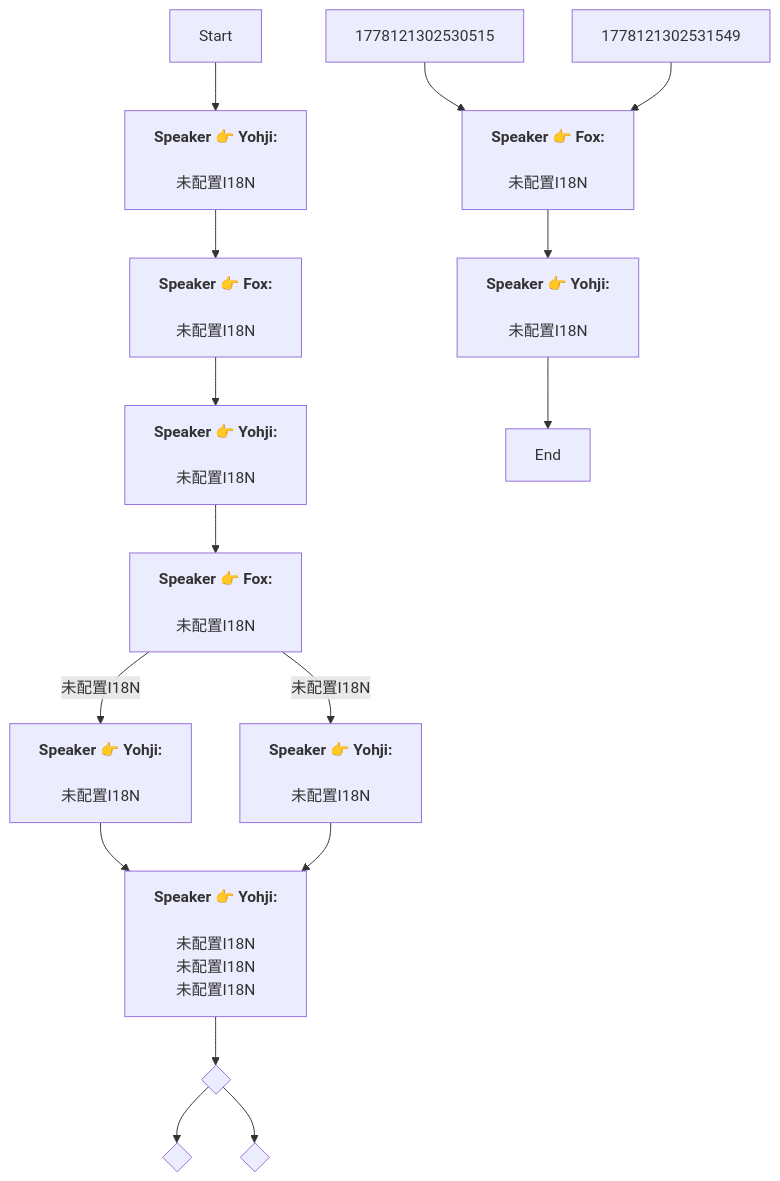
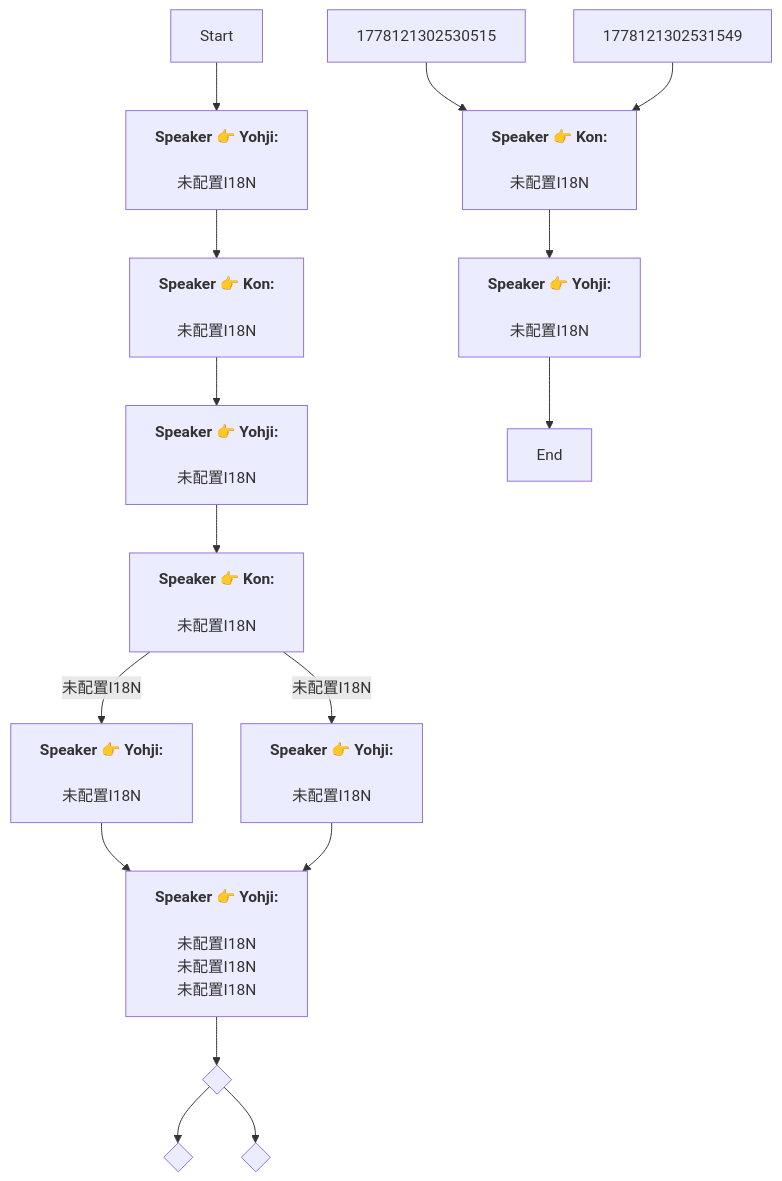
The diagram in Zh/AddDialogNode_1778121286690206.md (SoftHu/tos_avg), drawn with Mermaid before and after one commit. The commit also changed 730 other files, not shown here.

````diff
--- a/Zh/AddDialogNode_1778121286690206.md
+++ b/Zh/AddDialogNode_1778121286690206.md
@@ -1,30 +1,30 @@
 ```mermaid
 graph
 Start -->1778121302527413[<b>Speaker 👉 Yohji:</b>
 \n未配置I18N]
-1778121302527413 -->1778121302527415[<b>Speaker 👉 Fox:</b>
+1778121302527413 -->1778121302527415[<b>Speaker 👉 Kon:</b>
 \n未配置I18N]
 1778121302527415 -->1778121302528442[<b>Speaker 👉 Yohji:</b>
 \n未配置I18N]
-1778121302528442 -->1778121302528445[<b>Speaker 👉 Fox:</b>
+1778121302528442 -->1778121302528445[<b>Speaker 👉 Kon:</b>
 \n未配置I18N]
 1778121302528445 -->|未配置I18N|1778121302532579[<b>Speaker 👉 Yohji:</b>
 \n未配置I18N]
 1778121302528445 -->|未配置I18N|1778121302529477[<b>Speaker 👉 Yohji:</b>
 \n未配置I18N]
 1778121302529477 -->1778121302529480[<b>Speaker 👉 Yohji:</b>
 \n未配置I18N\n未配置I18N\n未配置I18N]
 1778121302529480 -->1778121302530509{ }
 1778121302530509 -->1778121302531553{ }
 1778121302530509 -->1778121302530512{ }
-1778121302530515 -->1778121302530518[<b>Speaker 👉 Fox:</b>
+1778121302530515 -->1778121302530518[<b>Speaker 👉 Kon:</b>
 \n未配置I18N]
 1778121302530518 -->1778121302531545[<b>Speaker 👉 Yohji:</b>
 \n未配置I18N]
 1778121302531545 -->1778121302531548[End]
-1778121302531549 -->1778121302530518[<b>Speaker 👉 Fox:</b>
+1778121302531549 -->1778121302530518[<b>Speaker 👉 Kon:</b>
 \n未配置I18N]
 1778121302532579 -->1778121302529480[<b>Speaker 👉 Yohji:</b>
 \n未配置I18N\n未配置I18N\n未配置I18N]
 
 ```
````
